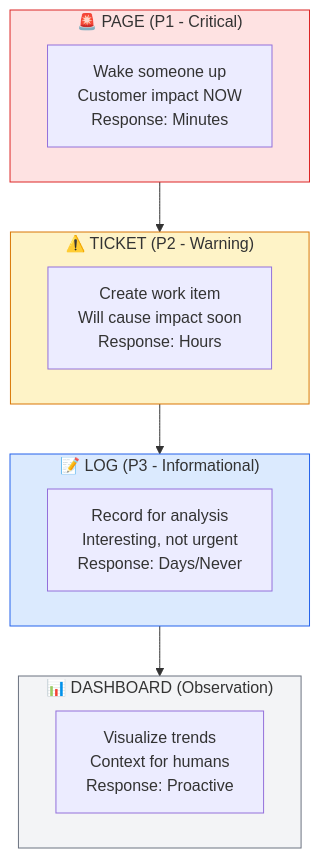
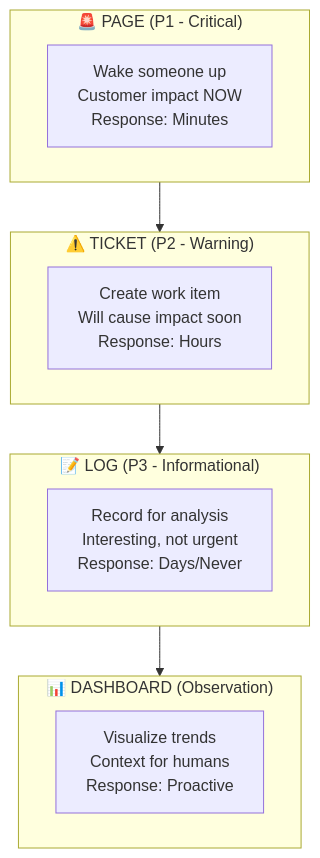
One commit to shivam-g-mishra/blog changed the first of 6 diagrams in docs/observability/alerting.md. Above: the diagram before and after it, drawn with Mermaid. The commit also changed other lines of this file and 23 other files, not shown here.

First line of the commit message:
fix: improve Mermaid diagram visibility in dark mode

````diff
--- a/docs/observability/alerting.md
+++ b/docs/observability/alerting.md
@@ -82,27 +82,22 @@
 ```mermaid
 flowchart TB
     subgraph p1["🚨 PAGE (P1 - Critical)"]
         p1desc["Wake someone up<br/>Customer impact NOW<br/>Response: Minutes"]
     end
     
     subgraph p2["⚠️ TICKET (P2 - Warning)"]
         p2desc["Create work item<br/>Will cause impact soon<br/>Response: Hours"]
     end
     
     subgraph p3["📝 LOG (P3 - Informational)"]
         p3desc["Record for analysis<br/>Interesting, not urgent<br/>Response: Days/Never"]
     end
     
     subgraph p4["📊 DASHBOARD (Observation)"]
         p4desc["Visualize trends<br/>Context for humans<br/>Response: Proactive"]
     end
     
     p1 --> p2
     p2 --> p3
     p3 --> p4
-    
-    style p1 fill:#fee2e2,stroke:#dc2626
-    style p2 fill:#fef3c7,stroke:#d97706
-    style p3 fill:#dbeafe,stroke:#2563eb
-    style p4 fill:#f3f4f6,stroke:#6b7280
 ```
````
